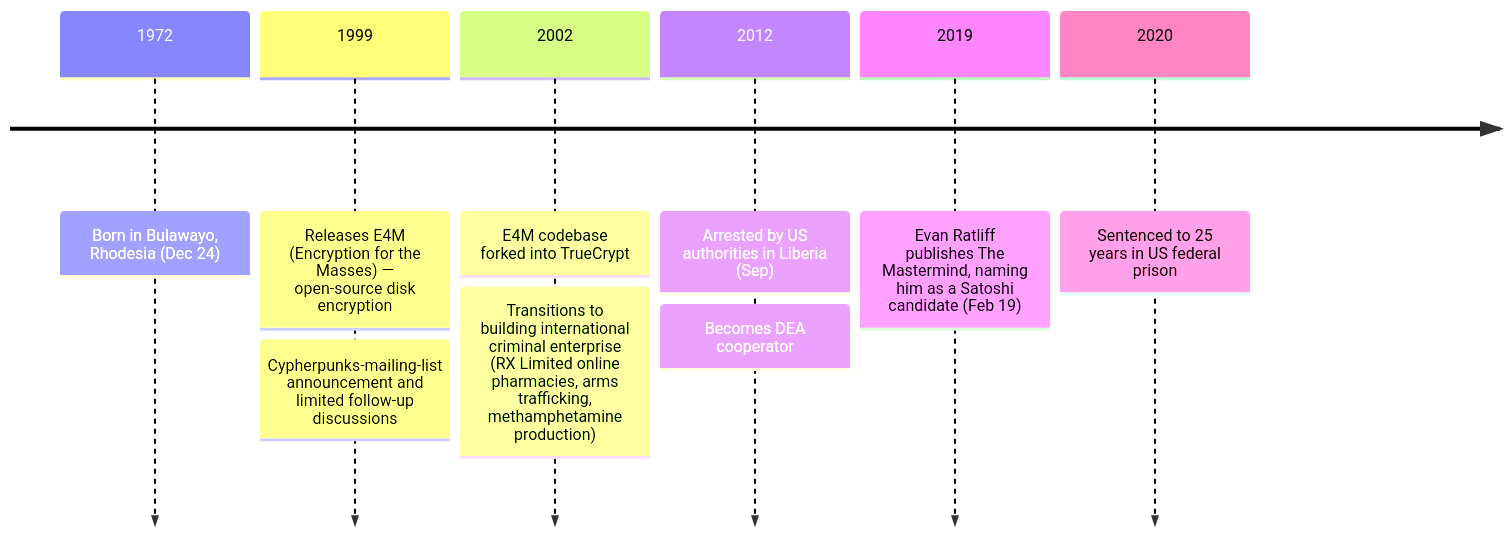
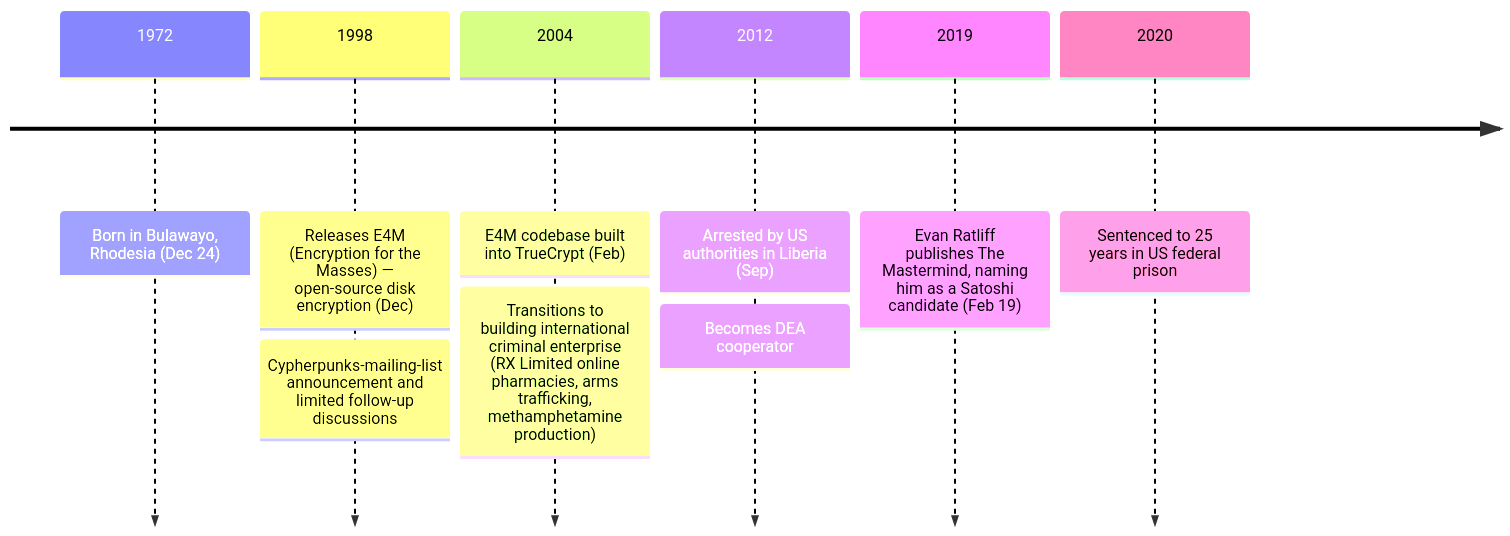
Before and after one commit to cypher256/BitcoinArchive: the diagram in src/data/entries/en/aftermath/2019-02-19-paul-le-roux-biography.md, drawn with Mermaid. The commit also changed other lines of this file and 28 other files, not shown here.

````diff
--- a/src/data/entries/en/aftermath/2019-02-19-paul-le-roux-biography.md
+++ b/src/data/entries/en/aftermath/2019-02-19-paul-le-roux-biography.md
@@ -44,13 +44,13 @@
 ```mermaid
 timeline
     1972 : Born in Bulawayo, Rhodesia (Dec 24)
-    1999 : Releases E4M (Encryption for the Masses) — open-source disk encryption
+    1998 : Releases E4M (Encryption for the Masses) — open-source disk encryption (Dec)
          : Cypherpunks-mailing-list announcement and limited follow-up discussions
-    2002 : E4M codebase forked into TrueCrypt
+    2004 : E4M codebase built into TrueCrypt (Feb)
          : Transitions to building international criminal enterprise (RX Limited online pharmacies, arms trafficking, methamphetamine production)
     2012 : Arrested by US authorities in Liberia (Sep)
          : Becomes DEA cooperator
     2019 : Evan Ratliff publishes The Mastermind, naming him as a Satoshi candidate (Feb 19)
     %% link: /BitcoinArchive/entries/analysis/2019-02-19-paul-le-roux-satoshi-identity-hypothesis/
     2020 : Sentenced to 25 years in US federal prison
 ```
````
